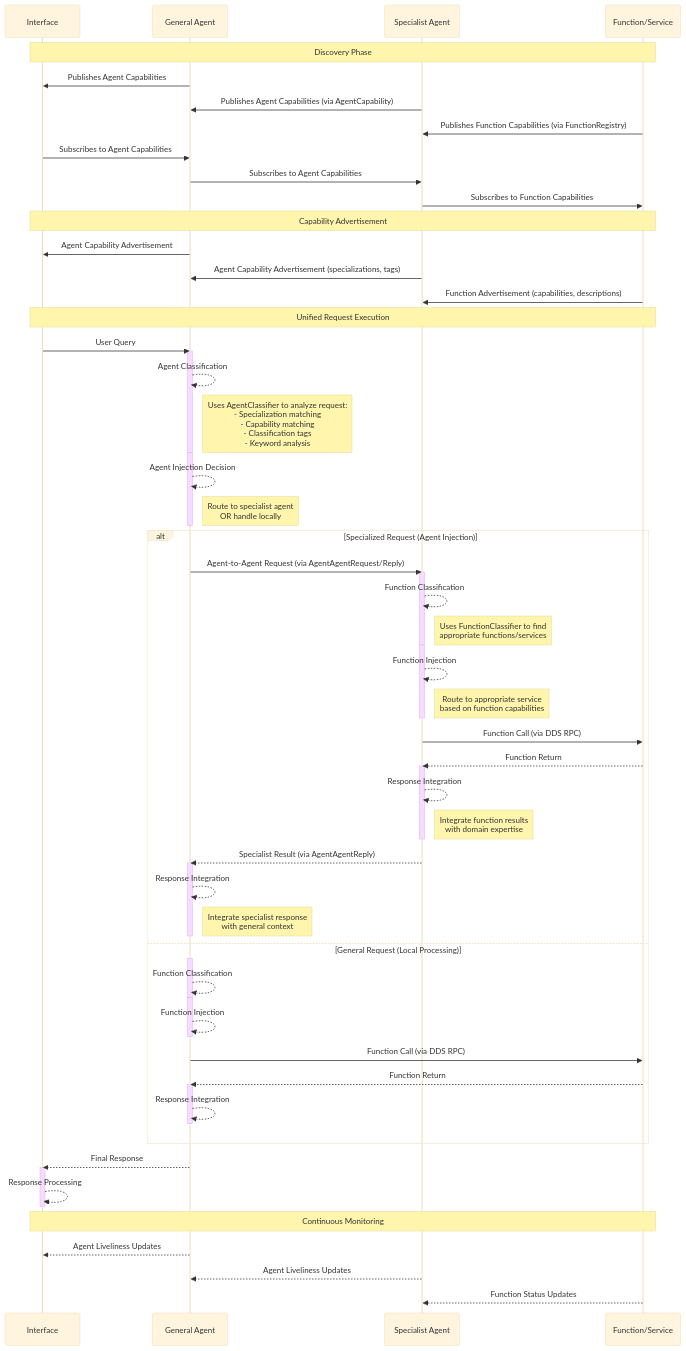
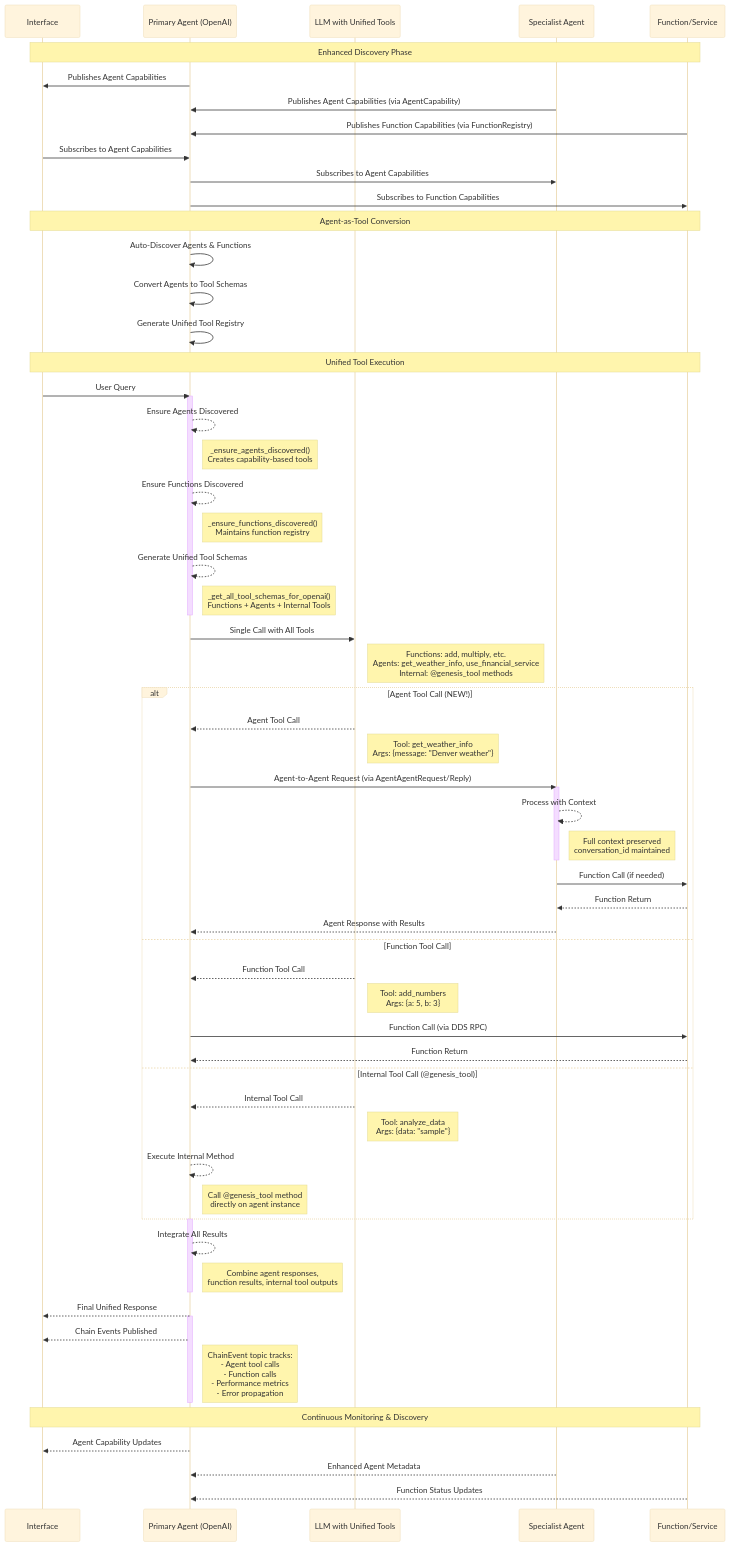
The diagram in docs/function_call_flow.md (rticommunity/rti-genesis), drawn with Mermaid (base theme) before and after one commit. The commit also changed other lines of this file and 14 other files, not shown here.

````diff
--- a/docs/function_call_flow.md
+++ b/docs/function_call_flow.md
@@ -5,99 +5,91 @@
 ```mermaid
 sequenceDiagram
     participant UI as Interface
-    participant GA as General Agent
+    participant PA as Primary Agent (OpenAI)
+    participant LLM as LLM with Unified Tools
     participant SA as Specialist Agent
     participant F as Function/Service
 
-    Note over UI,F: Discovery Phase
-    GA->>UI: Publishes Agent Capabilities
-    SA->>GA: Publishes Agent Capabilities (via AgentCapability)
-    F->>SA: Publishes Function Capabilities (via FunctionRegistry)
-    UI->>GA: Subscribes to Agent Capabilities
-    GA->>SA: Subscribes to Agent Capabilities
-    SA->>F: Subscribes to Function Capabilities
+    Note over UI,F: Enhanced Discovery Phase
+    PA->>UI: Publishes Agent Capabilities
+    SA->>PA: Publishes Agent Capabilities (via AgentCapability)
+    F->>PA: Publishes Function Capabilities (via FunctionRegistry)
+    UI->>PA: Subscribes to Agent Capabilities
+    PA->>SA: Subscribes to Agent Capabilities
+    PA->>F: Subscribes to Function Capabilities
     
-    Note over UI,F: Capability Advertisement
-    GA->>UI: Agent Capability Advertisement
-    SA->>GA: Agent Capability Advertisement (specializations, tags)
-    F->>SA: Function Advertisement (capabilities, descriptions)
+    Note over UI,F: Agent-as-Tool Conversion
+    PA->>PA: Auto-Discover Agents & Functions
+    PA->>PA: Convert Agents to Tool Schemas
+    PA->>PA: Generate Unified Tool Registry
     
-    Note over UI,F: Unified Request Execution
-    UI->>GA: User Query
+    Note over UI,F: Unified Tool Execution
+    UI->>PA: User Query
     
-    %% Agent Classification Loop
-    activate GA
-    GA-->>GA: Agent Classification
-    Note right of GA: Uses AgentClassifier to analyze request:<br/>- Specialization matching<br/>- Capability matching<br/>- Classification tags<br/>- Keyword analysis
-    deactivate GA
+    %% Tool Schema Generation
+    activate PA
+    PA-->>PA: Ensure Agents Discovered
+    Note right of PA: _ensure_agents_discovered()<br/>Creates capability-based tools
     
-    %% Agent Injection Decision
-    activate GA
-    GA-->>GA: Agent Injection Decision
-    Note right of GA: Route to specialist agent<br/>OR handle locally
-    deactivate GA
+    PA-->>PA: Ensure Functions Discovered
+    Note right of PA: _ensure_functions_discovered()<br/>Maintains function registry
     
-    alt Specialized Request (Agent Injection)
-        GA->>SA: Agent-to-Agent Request (via AgentAgentRequest/Reply)
+    PA-->>PA: Generate Unified Tool Schemas
+    Note right of PA: _get_all_tool_schemas_for_openai()<br/>Functions + Agents + Internal Tools
+    deactivate PA
+    
+    %% Single LLM Call with All Tools
+    PA->>LLM: Single Call with All Tools
+    Note right of LLM: Functions: add, multiply, etc.<br/>Agents: get_weather_info, use_financial_service<br/>Internal: @genesis_tool methods
+    
+    alt Agent Tool Call (NEW!)
+        LLM-->>PA: Agent Tool Call
+        Note right of LLM: Tool: get_weather_info<br/>Args: {message: "Denver weather"}
         
-        %% Specialist Agent Processing
+        PA->>SA: Agent-to-Agent Request (via AgentAgentRequest/Reply)
+        
+        %% Specialist Agent Processing with Context
         activate SA
-        SA-->>SA: Function Classification
-        Note right of SA: Uses FunctionClassifier to find<br/>appropriate functions/services
+        SA-->>SA: Process with Context
+        Note right of SA: Full context preserved<br/>conversation_id maintained
         deactivate SA
         
-        %% Function Injection Loop
-        activate SA
-        SA-->>SA: Function Injection
-        Note right of SA: Route to appropriate service<br/>based on function capabilities
-        deactivate SA
-        
-        SA->>F: Function Call (via DDS RPC)
+        SA->>F: Function Call (if needed)
         F-->>SA: Function Return
         
-        %% Response Integration
-        activate SA
-        SA-->>SA: Response Integration
-        Note right of SA: Integrate function results<br/>with domain expertise
-        deactivate SA
+        SA-->>PA: Agent Response with Results
         
-        SA-->>GA: Specialist Result (via AgentAgentReply)
+    else Function Tool Call
+        LLM-->>PA: Function Tool Call
+        Note right of LLM: Tool: add_numbers<br/>Args: {a: 5, b: 3}
         
-        %% General Agent Response Integration
-        activate GA
-        GA-->>GA: Response Integration
-        Note right of GA: Integrate specialist response<br/>with general context
-        deactivate GA
+        PA->>F: Function Call (via DDS RPC)
+        F-->>PA: Function Return
         
-    else General Request (Local Processing)
-        %% Function Classification Loop
-        activate GA
-        GA-->>GA: Function Classification
-        deactivate GA
+    else Internal Tool Call (@genesis_tool)
+        LLM-->>PA: Internal Tool Call
+        Note right of LLM: Tool: analyze_data<br/>Args: {data: "sample"}
         
-        %% Function Injection Loop
-        activate GA
-        GA-->>GA: Function Injection
-        deactivate GA
-        
-        GA->>F: Function Call (via DDS RPC)
-        F-->>GA: Function Return
-        
-        %% Response Integration Loop
-        activate GA
-        GA-->>GA: Response Integration
-        deactivate GA
+        PA-->>PA: Execute Internal Method
+        Note right of PA: Call @genesis_tool method<br/>directly on agent instance
     end
     
-    GA-->>UI: Final Response
+    %% Unified Response Integration
+    activate PA
+    PA-->>PA: Integrate All Results
+    Note right of PA: Combine agent responses,<br/>function results, internal tool outputs
+    deactivate PA
     
-    %% Response Processing Loop
-    activate UI
-    UI-->>UI: Response Processing
-    deactivate UI
+    PA-->>UI: Final Unified Response
     
-    Note over UI,F: Continuous Monitoring
-    GA-->>UI: Agent Liveliness Updates
-    SA-->>GA: Agent Liveliness Updates
-    F-->>SA: Function Status Updates
+    %% Real-Time Chain Monitoring
+    activate PA
+    PA-->>UI: Chain Events Published
+    Note right of PA: ChainEvent topic tracks:<br/>- Agent tool calls<br/>- Function calls<br/>- Performance metrics<br/>- Error propagation
+    deactivate PA
+    
+    Note over UI,F: Continuous Monitoring & Discovery
+    PA-->>UI: Agent Capability Updates
+    SA-->>PA: Enhanced Agent Metadata
+    F-->>PA: Function Status Updates
 ```
````
